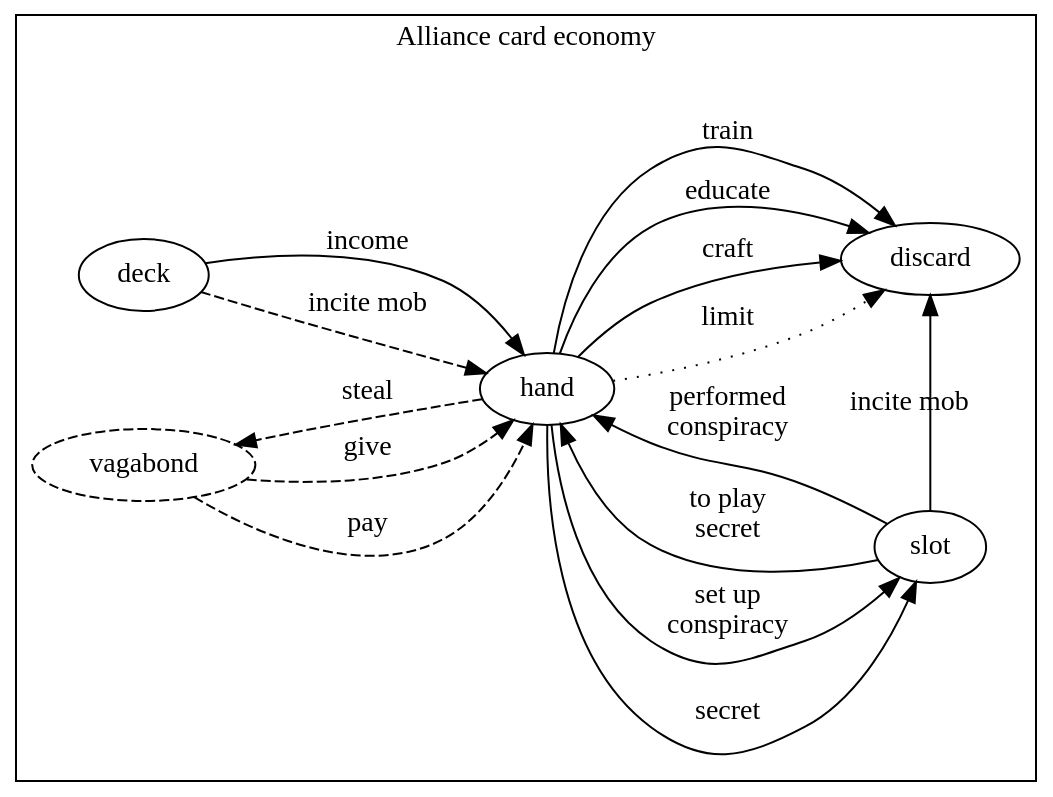
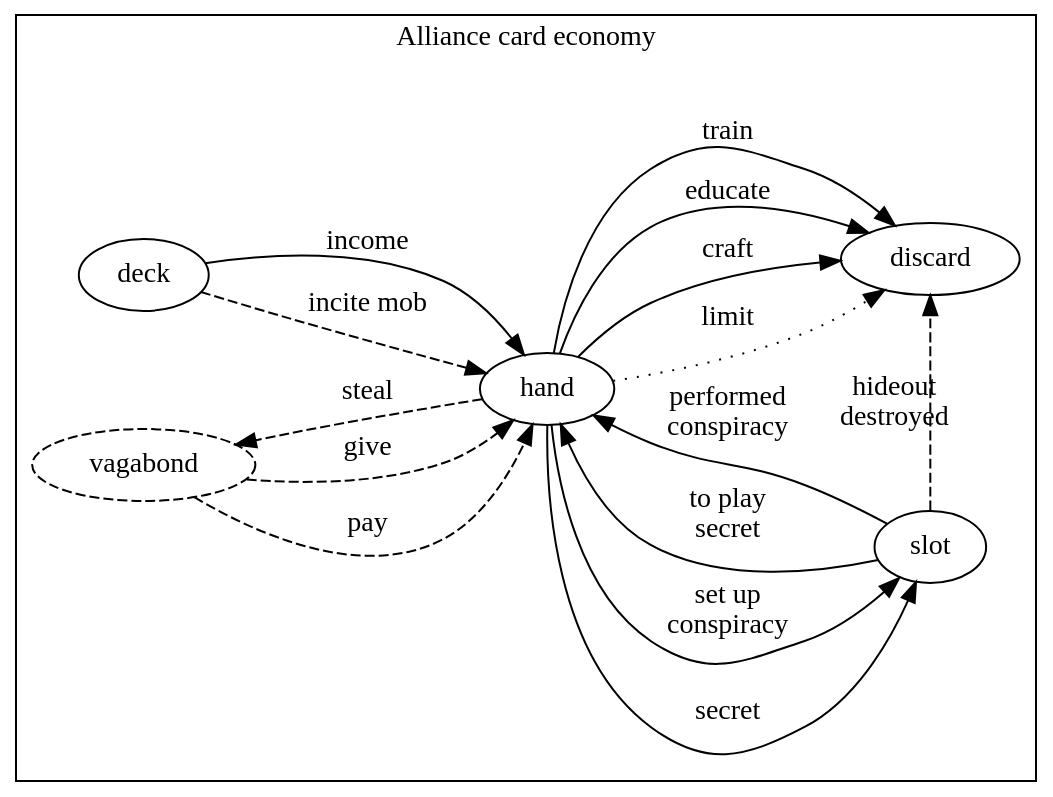
Before and after one commit to krawaller/root: the diagram in diagrams/alliance-cards.dot, drawn with Graphviz. The commit also changed 1 other file, not shown here.

Commit message:
clarify alliance hideout burning

```diff
--- a/diagrams/alliance-cards.dot
+++ b/diagrams/alliance-cards.dot
@@ -1,39 +1,39 @@
 digraph {
   rankdir = LR;
   bgcolor = transparent;
 
   subgraph cluster_alliancecards {
 
     label = "Alliance card economy"
 
     deck -> hand [label="income"]
 
     hand -> discard [label="limit" style=dotted]
 
     hand -> discard [label="craft"]
 
     hand -> discard [label="educate"]
 
     hand -> discard [label="train"]
 
     slot -> hand [label="to play\nsecret"]
 
     hand -> slot [label="secret"]
 
     hand -> slot [label="set up\nconspiracy"]
 
     slot -> hand [label="performed\nconspiracy"]
 
-    slot -> discard [label="incite mob"]
+    slot -> discard [label="hideout\ndestroyed" style=dashed]
 
     deck -> hand [label="incite mob" style=dashed]
 
     vagabond [style=dashed]
     vagabond -> hand [label="pay" style=dashed]
     vagabond -> hand [label="give" style=dashed]
     hand -> vagabond [label="steal" style=dashed]
 
     {rank=same; deck, vagabond}
     {rank=same; slot, discard}
   }
 }
```
